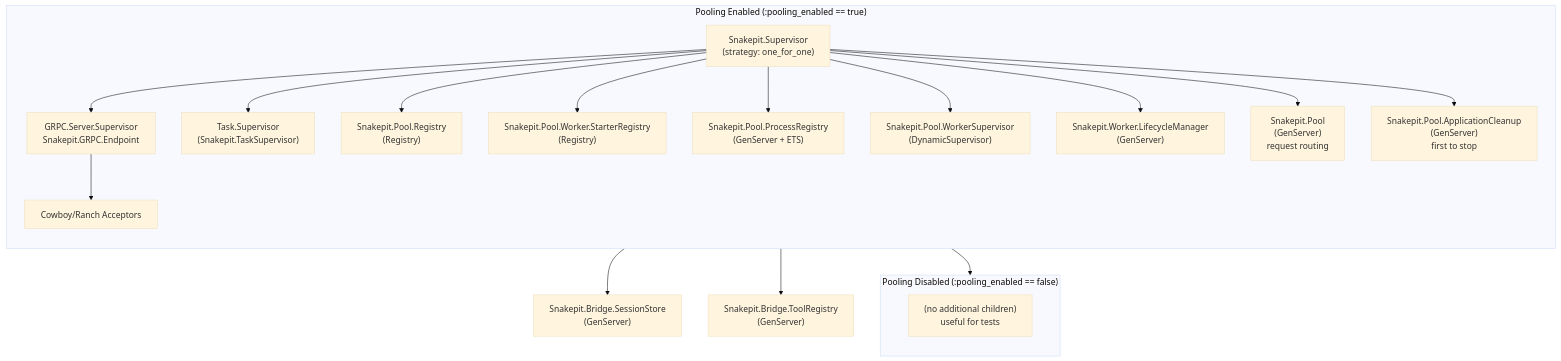
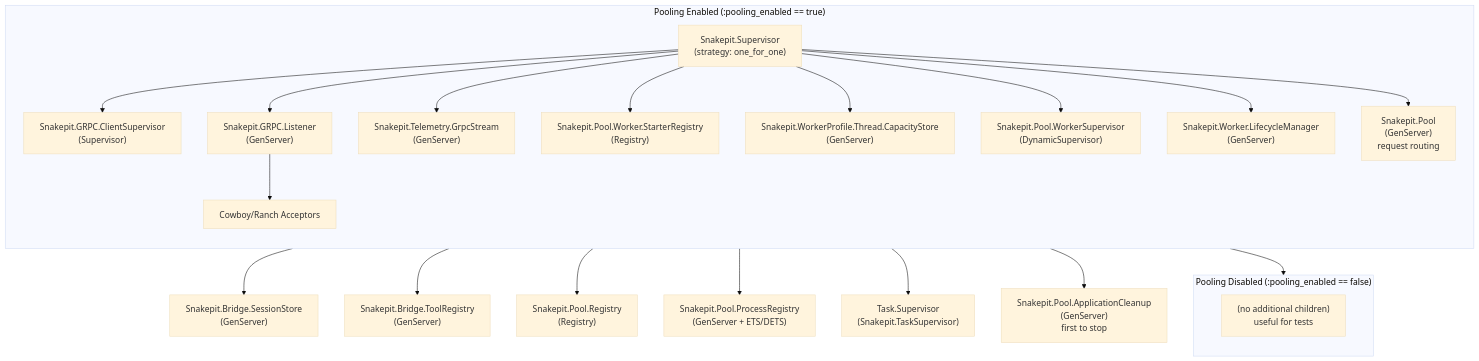
Before and after one commit to nshkrdotcom/snakepit: the diagram in lib/snakepit/supervisor_tree.md, drawn with Mermaid (base theme). The commit also changed other lines of this file and 30 other files, not shown here.

````diff
--- a/lib/snakepit/supervisor_tree.md
+++ b/lib/snakepit/supervisor_tree.md
@@ -10,26 +10,28 @@
 ```mermaid
 flowchart TD
     A["Snakepit.Supervisor\n(strategy: one_for_one)"]
     A --> B["Snakepit.Bridge.SessionStore\n(GenServer)"]
     A --> C["Snakepit.Bridge.ToolRegistry\n(GenServer)"]
+    A --> C1["Snakepit.Pool.Registry\n(Registry)"]
+    A --> C2["Snakepit.Pool.ProcessRegistry\n(GenServer + ETS/DETS)"]
+    A --> C3["Task.Supervisor\n(Snakepit.TaskSupervisor)"]
+    A --> C4["Snakepit.Pool.ApplicationCleanup\n(GenServer)\nfirst to stop"]
 
     subgraph "Pooling Enabled (:pooling_enabled == true)"
         direction TB
-        A --> D["GRPC.Server.Supervisor\nSnakepit.GRPC.Endpoint"]
-        D --> D1["Cowboy/Ranch Acceptors"]
-
-        A --> E["Task.Supervisor\n(Snakepit.TaskSupervisor)"]
-        A --> F["Snakepit.Pool.Registry\n(Registry)"]
+        A --> D["Snakepit.GRPC.ClientSupervisor\n(Supervisor)"]
+        A --> E["Snakepit.GRPC.Listener\n(GenServer)"]
+        E --> E1["Cowboy/Ranch Acceptors"]
+        A --> F["Snakepit.Telemetry.GrpcStream\n(GenServer)"]
         A --> G["Snakepit.Pool.Worker.StarterRegistry\n(Registry)"]
-        A --> H["Snakepit.Pool.ProcessRegistry\n(GenServer + ETS)"]
+        A --> H["Snakepit.WorkerProfile.Thread.CapacityStore\n(GenServer)"]
         A --> I["Snakepit.Pool.WorkerSupervisor\n(DynamicSupervisor)"]
         A --> J["Snakepit.Worker.LifecycleManager\n(GenServer)"]
         A --> K["Snakepit.Pool\n(GenServer)\nrequest routing"]
-        A --> L["Snakepit.Pool.ApplicationCleanup\n(GenServer)\nfirst to stop"]
     end
 
     subgraph "Pooling Disabled (:pooling_enabled == false)"
         direction TB
         A --> M["(no additional children)\nuseful for tests"]
     end
 ```
````
